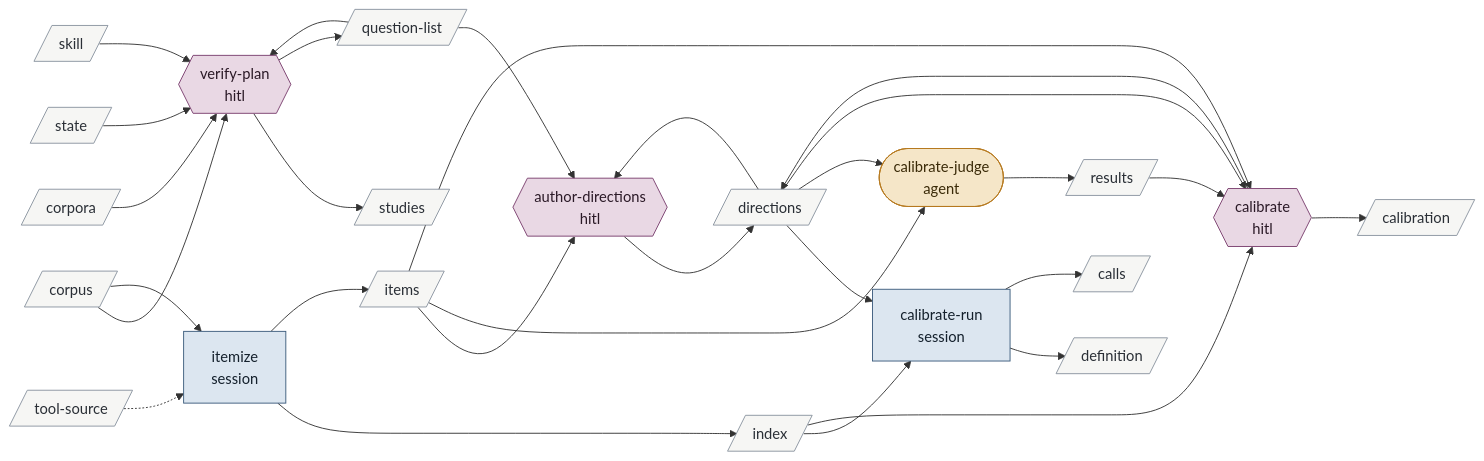
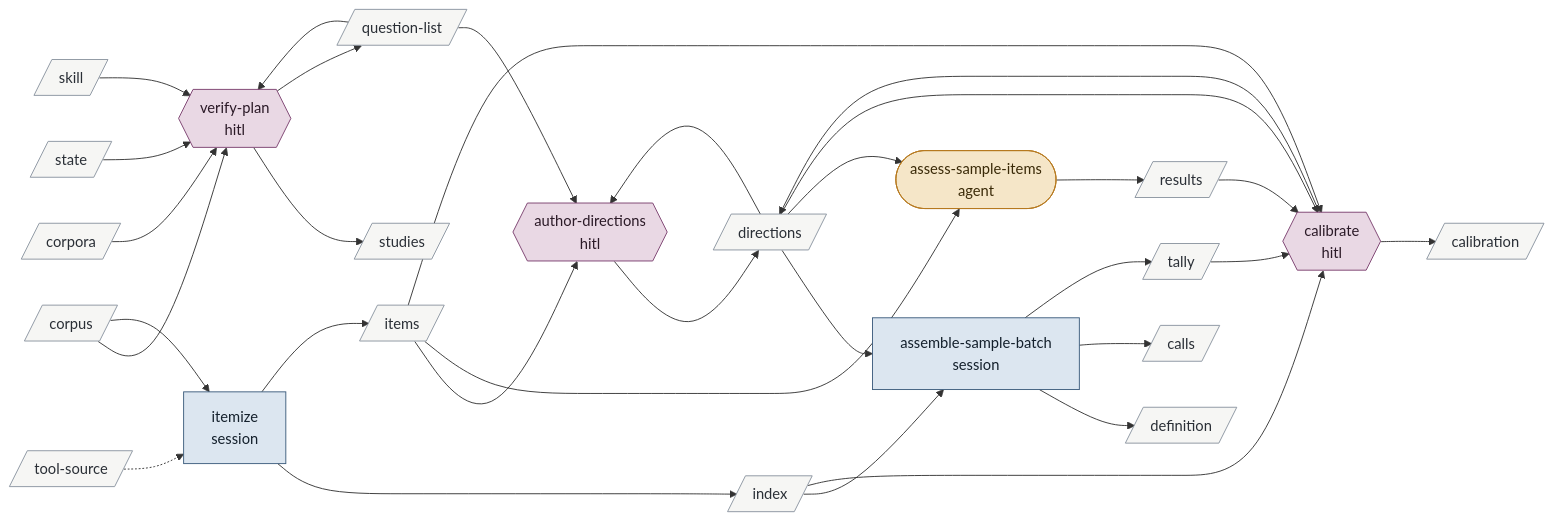
Before and after one commit to bc414/StoryPlanner: the ninth of 15 diagrams in .claude/skills/v3-buildout-2/map.md, drawn with Mermaid. The commit also changed other lines of this file and 40 other files, not shown here.

````diff
--- a/.claude/skills/v3-buildout-2/map.md
+++ b/.claude/skills/v3-buildout-2/map.md
@@ -333,58 +345,61 @@
 ```mermaid
 flowchart LR
   classDef hitl fill:#e9d8e4,stroke:#7a3e6d,color:#2b1a27
   classDef session fill:#dce6f0,stroke:#3b5b7c,color:#14202c
   classDef agent fill:#f5e6c8,stroke:#b7791f,color:#3a2a08
   classDef artifact fill:#f6f6f4,stroke:#8a94a0,color:#2a2f36
   classDef activity fill:#dcebdd,stroke:#4b7f52,color:#122816
   classDef terminus fill:#e4e4ea,stroke:#5b5b7a,color:#1c1c2c
   verifyplan{{"verify-plan<br/>hitl"}}:::hitl
   itemize["itemize<br/>session"]:::session
   authordirections{{"author-directions<br/>hitl"}}:::hitl
-  calibraterun["calibrate-run<br/>session"]:::session
-  calibratejudge(["calibrate-judge<br/>agent"]):::agent
+  assemblesamplebatch["assemble-sample-batch<br/>session"]:::session
+  assesssampleitems(["assess-sample-items<br/>agent"]):::agent
   calibrate{{"calibrate<br/>hitl"}}:::hitl
   calibration[/"calibration"/]:::artifact
   calls[/"calls"/]:::artifact
   corpora[/"corpora"/]:::artifact
   corpus[/"corpus"/]:::artifact
   definition[/"definition"/]:::artifact
   directions[/"directions"/]:::artifact
   index[/"index"/]:::artifact
   items[/"items"/]:::artifact
   questionlist[/"question-list"/]:::artifact
   results[/"results"/]:::artifact
   skill[/"skill"/]:::artifact
   state[/"state"/]:::artifact
   studies[/"studies"/]:::artifact
+  tally[/"tally"/]:::artifact
   toolsource[/"tool-source"/]:::artifact
 
   questionlist --> verifyplan
   corpora --> verifyplan
   corpus --> verifyplan
   state --> verifyplan
   skill --> verifyplan
   verifyplan --> studies
   verifyplan --> questionlist
   corpus --> itemize
   toolsource -.-> itemize
   itemize --> index
   itemize --> items
   questionlist --> authordirections
   items --> authordirections
   directions --> authordirections
   authordirections --> directions
-  directions --> calibraterun
-  index --> calibraterun
-  calibraterun --> definition
-  calibraterun --> calls
-  directions --> calibratejudge
-  items --> calibratejudge
-  calibratejudge --> results
+  directions --> assemblesamplebatch
+  index --> assemblesamplebatch
+  assemblesamplebatch --> definition
+  assemblesamplebatch --> calls
+  assemblesamplebatch --> tally
+  directions --> assesssampleitems
+  items --> assesssampleitems
+  assesssampleitems --> results
   index --> calibrate
   items --> calibrate
   results --> calibrate
+  tally --> calibrate
   directions --> calibrate
   calibrate --> calibration
   calibrate --> directions
 ```
````
